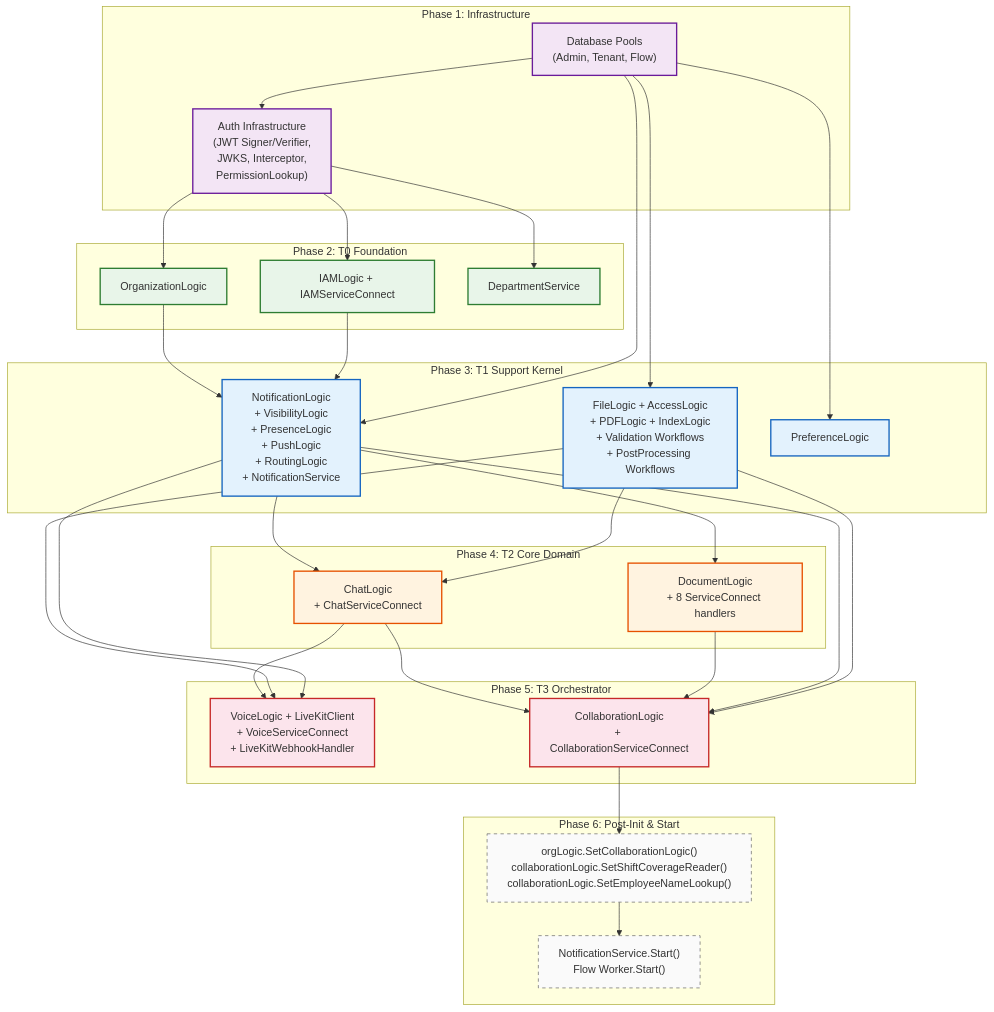
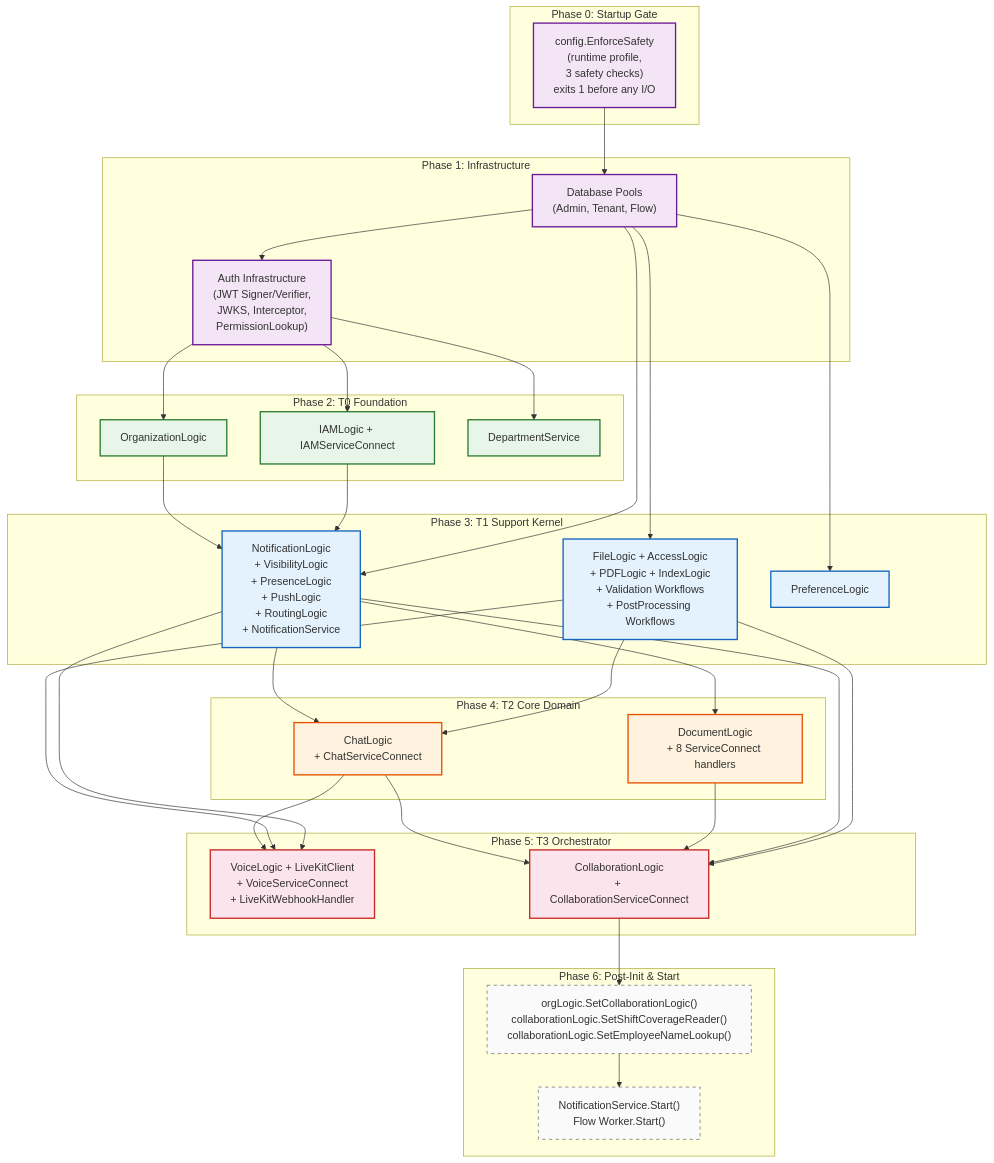
One commit to nvcnvn/tech-office changed the fourth of 4 diagrams in backend/docs/SYSTEM-ARCHITECTURE.md. Above: the diagram before and after it, drawn with Mermaid. The commit also changed other lines of this file and 31 other files, not shown here.

First line of the commit message:
Epic 060: Production safety defaults. Fail startup outside a developme

````diff
--- a/backend/docs/SYSTEM-ARCHITECTURE.md
+++ b/backend/docs/SYSTEM-ARCHITECTURE.md
@@ -711,74 +725,79 @@
 ```mermaid
 graph TD
+    subgraph "Phase 0: Startup Gate"
+        SAFETY["config.EnforceSafety<br/>(runtime profile,<br/>3 safety checks)<br/>exits 1 before any I/O"]
+    end
+
     subgraph "Phase 1: Infrastructure"
         POOLS["Database Pools<br/>(Admin, Tenant, Flow)"]
         AUTH["Auth Infrastructure<br/>(JWT Signer/Verifier,<br/>JWKS, Interceptor,<br/>PermissionLookup)"]
     end
 
     subgraph "Phase 2: T0 Foundation"
         ORG_INIT["OrganizationLogic"]
         IAM_INIT["IAMLogic + IAMServiceConnect"]
         DEPT_INIT["DepartmentService"]
     end
 
     subgraph "Phase 3: T1 Support Kernel"
         NOTIF_INIT["NotificationLogic<br/>+ VisibilityLogic<br/>+ PresenceLogic<br/>+ PushLogic<br/>+ RoutingLogic<br/>+ NotificationService"]
         FILES_INIT["FileLogic + AccessLogic<br/>+ PDFLogic + IndexLogic<br/>+ Validation Workflows<br/>+ PostProcessing Workflows"]
         PREF_INIT["PreferenceLogic"]
     end
 
     subgraph "Phase 4: T2 Core Domain"
         CHAT_INIT["ChatLogic<br/>+ ChatServiceConnect"]
         DOCS_INIT["DocumentLogic<br/>+ 8 ServiceConnect handlers"]
     end
 
     subgraph "Phase 5: T3 Orchestrator"
         VOICE_INIT["VoiceLogic + LiveKitClient<br/>+ VoiceServiceConnect<br/>+ LiveKitWebhookHandler"]
         COLLAB_INIT["CollaborationLogic<br/>+ CollaborationServiceConnect"]
     end
 
     subgraph "Phase 6: Post-Init & Start"
         INJECT["orgLogic.SetCollaborationLogic()<br/>collaborationLogic.SetShiftCoverageReader()<br/>collaborationLogic.SetEmployeeNameLookup()"]
         START["NotificationService.Start()<br/>Flow Worker.Start()"]
     end
 
+    SAFETY --> POOLS
     POOLS --> AUTH
     AUTH --> ORG_INIT
     AUTH --> IAM_INIT
     AUTH --> DEPT_INIT
 
     ORG_INIT --> NOTIF_INIT
     IAM_INIT --> NOTIF_INIT
     POOLS --> NOTIF_INIT
     POOLS --> FILES_INIT
     POOLS --> PREF_INIT
 
     NOTIF_INIT --> CHAT_INIT
     FILES_INIT --> CHAT_INIT
     NOTIF_INIT --> DOCS_INIT
     CHAT_INIT --> VOICE_INIT
     FILES_INIT --> VOICE_INIT
     NOTIF_INIT --> VOICE_INIT
 
     CHAT_INIT --> COLLAB_INIT
     DOCS_INIT --> COLLAB_INIT
     NOTIF_INIT --> COLLAB_INIT
     FILES_INIT --> COLLAB_INIT
 
     COLLAB_INIT --> INJECT
     INJECT --> START
 
     classDef infra fill:#f3e5f5,stroke:#6a1b9a,stroke-width:2px
     classDef foundation fill:#e8f5e9,stroke:#2e7d32,stroke-width:2px
     classDef kernel fill:#e3f2fd,stroke:#1565c0,stroke-width:2px
     classDef core fill:#fff3e0,stroke:#e65100,stroke-width:2px
     classDef orchestrator fill:#fce4ec,stroke:#c62828,stroke-width:2px
     classDef postinit fill:#fafafa,stroke:#616161,stroke-width:1px,stroke-dasharray: 5 5
 
-    class POOLS,AUTH infra
+    class SAFETY,POOLS,AUTH infra
     class ORG_INIT,IAM_INIT,DEPT_INIT foundation
     class NOTIF_INIT,FILES_INIT,PREF_INIT kernel
     class CHAT_INIT,DOCS_INIT core
     class COLLAB_INIT,VOICE_INIT orchestrator
     class INJECT,START postinit
 ```
````
